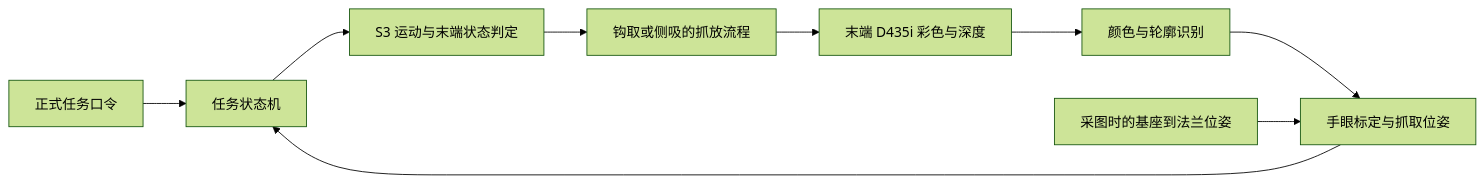
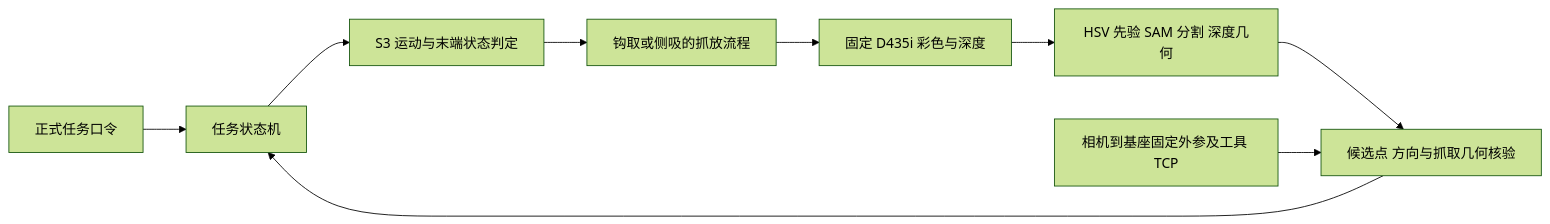
Before and after one commit to AfonsoZhang/meituan-robotics-challenge-2026: the diagram in docs/hardware-vision-plan.md, drawn with Mermaid (forest theme). The commit also changed other lines of this file and 53 other files, not shown here.

````diff
--- a/docs/hardware-vision-plan.md
+++ b/docs/hardware-vision-plan.md
@@ -46,11 +56,11 @@
 ```mermaid
 flowchart LR
     A[正式任务口令] --> E[任务状态机]
-    B[末端 D435i 彩色与深度] --> C[颜色与轮廓识别]
-    C --> D[手眼标定与抓取位姿]
-    H[采图时的基座到法兰位姿] --> D
+    B[固定 D435i 彩色与深度] --> C[HSV 先验 SAM 分割 深度几何]
+    C --> D[候选点 方向与抓取几何核验]
+    H[相机到基座固定外参及工具 TCP] --> D
     D --> E
     E --> F[S3 运动与末端状态判定]
     F --> G[钩取或侧吸的抓放流程]
     G --> B
 ```
````
